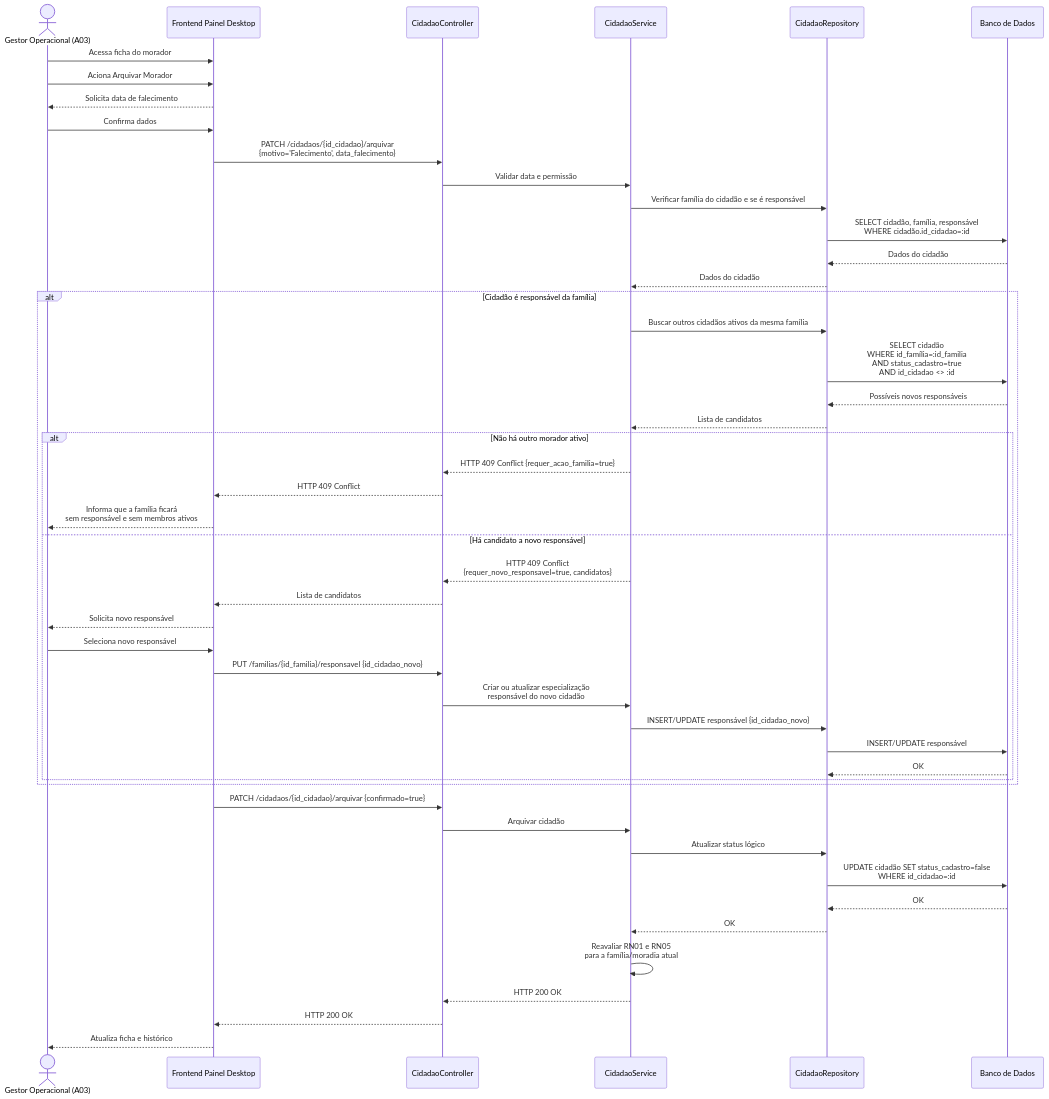
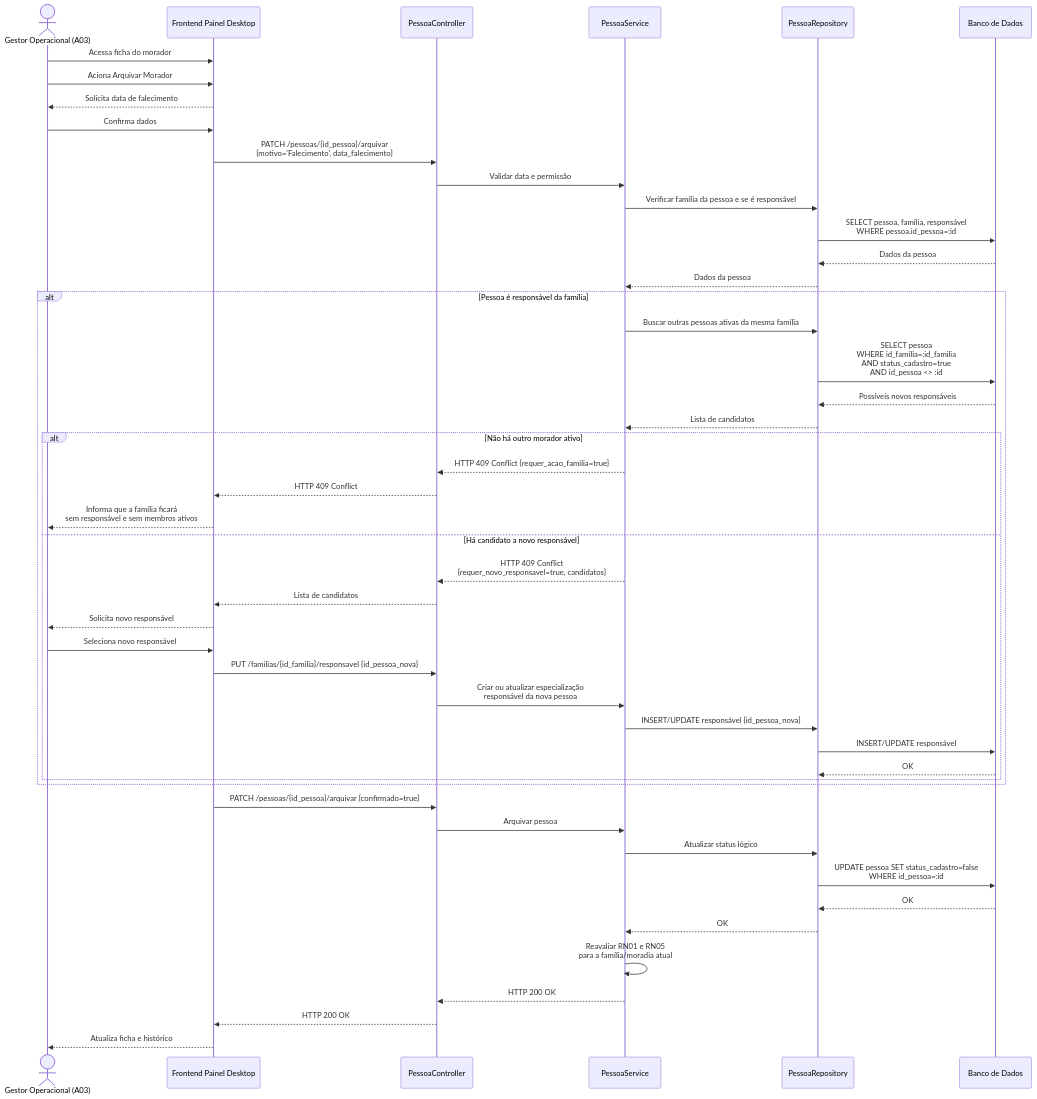
One commit to davitricarico-wq/g03 changed the ninth of 12 diagrams in documentos/wad.md. Above: the diagram before and after it, drawn with Mermaid. The commit also changed other lines of this file, not shown here.

Commit message:
doc(diagrama-sequencia-3.2.4): atualização dos diagramas, alterando nomenclaturas de entidades, endpoints implementados. Deixando de acordo com escopo atual. [card#153]

````diff
--- a/documentos/wad.md
+++ b/documentos/wad.md
@@ -1024,55 +1013,55 @@
 ```mermaid
 sequenceDiagram
     actor Gestor as Gestor Operacional (A03)
     participant Frontend as Frontend Painel Desktop
-    participant Controller as CidadaoController
-    participant Service as CidadaoService
-    participant Repository as CidadaoRepository
+    participant Controller as PessoaController
+    participant Service as PessoaService
+    participant Repository as PessoaRepository
     participant DB as Banco de Dados
 
     Gestor->>Frontend: Acessa ficha do morador
     Gestor->>Frontend: Aciona Arquivar Morador
     Frontend-->>Gestor: Solicita data de falecimento
     Gestor->>Frontend: Confirma dados
 
-    Frontend->>Controller: PATCH /cidadaos/{id_cidadao}/arquivar<br/>{motivo='Falecimento', data_falecimento}
+    Frontend->>Controller: PATCH /pessoas/{id_pessoa}/arquivar<br/>{motivo='Falecimento', data_falecimento}
     Controller->>Service: Validar data e permissão
-    Service->>Repository: Verificar família do cidadão e se é responsável
-    Repository->>DB: SELECT cidadão, família, responsável<br/>WHERE cidadão.id_cidadao=:id
-    DB-->>Repository: Dados do cidadão
-    Repository-->>Service: Dados do cidadão
+    Service->>Repository: Verificar família da pessoa e se é responsável
+    Repository->>DB: SELECT pessoa, família, responsável<br/>WHERE pessoa.id_pessoa=:id
+    DB-->>Repository: Dados da pessoa
+    Repository-->>Service: Dados da pessoa
 
-    alt Cidadão é responsável da família
-        Service->>Repository: Buscar outros cidadãos ativos da mesma família
-        Repository->>DB: SELECT cidadão<br/>WHERE id_família=:id_familia<br/>AND status_cadastro=true<br/>AND id_cidadao <> :id
+    alt Pessoa é responsável da família
+        Service->>Repository: Buscar outras pessoas ativas da mesma família
+        Repository->>DB: SELECT pessoa<br/>WHERE id_família=:id_familia<br/>AND status_cadastro=true<br/>AND id_pessoa <> :id
         DB-->>Repository: Possíveis novos responsáveis
         Repository-->>Service: Lista de candidatos
 
         alt Não há outro morador ativo
             Service-->>Controller: HTTP 409 Conflict {requer_acao_familia=true}
             Controller-->>Frontend: HTTP 409 Conflict
             Frontend-->>Gestor: Informa que a família ficará<br/>sem responsável e sem membros ativos
         else Há candidato a novo responsável
             Service-->>Controller: HTTP 409 Conflict<br/>{requer_novo_responsavel=true, candidatos}
             Controller-->>Frontend: Lista de candidatos
             Frontend-->>Gestor: Solicita novo responsável
             Gestor->>Frontend: Seleciona novo responsável
-            Frontend->>Controller: PUT /familias/{id_familia}/responsavel {id_cidadao_novo}
-            Controller->>Service: Criar ou atualizar especialização<br/>responsável do novo cidadão
-            Service->>Repository: INSERT/UPDATE responsável {id_cidadao_novo}
+            Frontend->>Controller: PUT /familias/{id_familia}/responsavel {id_pessoa_nova}
+            Controller->>Service: Criar ou atualizar especialização<br/>responsável da nova pessoa
+            Service->>Repository: INSERT/UPDATE responsável {id_pessoa_nova}
             Repository->>DB: INSERT/UPDATE responsável
             DB-->>Repository: OK
         end
     end
 
-    Frontend->>Controller: PATCH /cidadaos/{id_cidadao}/arquivar {confirmado=true}
-    Controller->>Service: Arquivar cidadão
+    Frontend->>Controller: PATCH /pessoas/{id_pessoa}/arquivar {confirmado=true}
+    Controller->>Service: Arquivar pessoa
     Service->>Repository: Atualizar status lógico
-    Repository->>DB: UPDATE cidadão SET status_cadastro=false<br/>WHERE id_cidadao=:id
+    Repository->>DB: UPDATE pessoa SET status_cadastro=false<br/>WHERE id_pessoa=:id
     DB-->>Repository: OK
     Repository-->>Service: OK
     Service->>Service: Reavaliar RN01 e RN05<br/>para a família/moradia atual
     Service-->>Controller: HTTP 200 OK
     Controller-->>Frontend: HTTP 200 OK
     Frontend-->>Gestor: Atualiza ficha e histórico
 ```
````
